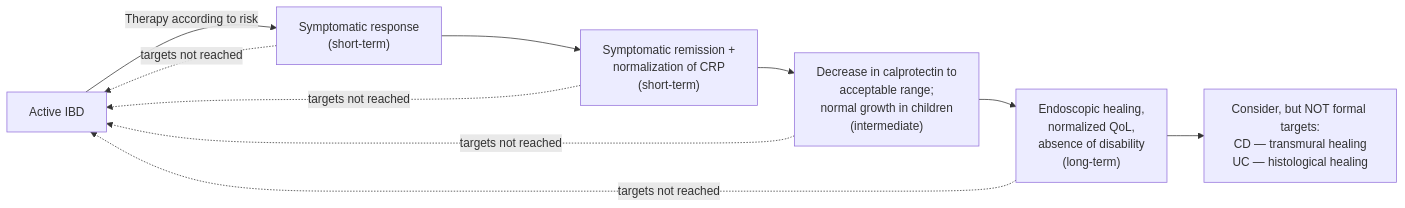
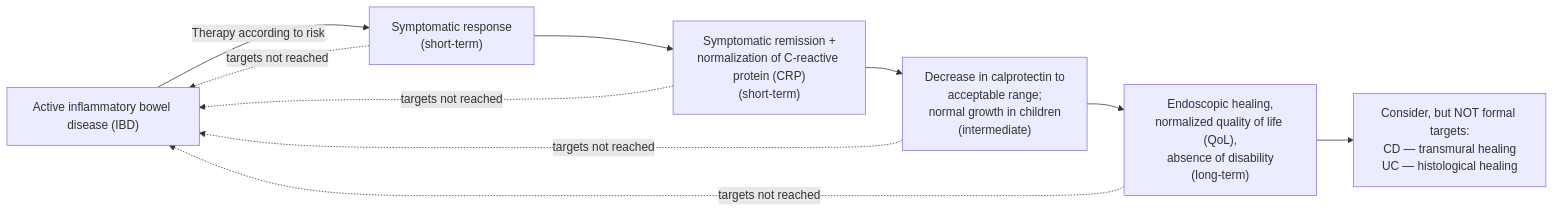
One commit to KHNickLeMD/KHNL-GI-Wiki changed the diagram in KHNL-GI-Wiki/wiki/7-concepts/treat-to-target-ibd.md. Above: the diagram before and after it, drawn with Mermaid. The commit also changed other lines of this file and 620 other files, not shown here.

````diff
--- a/KHNL-GI-Wiki/wiki/7-concepts/treat-to-target-ibd.md
+++ b/KHNL-GI-Wiki/wiki/7-concepts/treat-to-target-ibd.md
@@ -31,12 +31,12 @@
 ```mermaid
 flowchart LR
-    A["Active IBD"] -->|"Therapy according to risk"| B["Symptomatic response<br/>(short-term)"]
-    B --> C["Symptomatic remission +<br/>normalization of CRP<br/>(short-term)"]
+    A["Active inflammatory bowel disease (IBD)"] -->|"Therapy according to risk"| B["Symptomatic response<br/>(short-term)"]
+    B --> C["Symptomatic remission +<br/>normalization of C-reactive protein (CRP)<br/>(short-term)"]
     C --> D["Decrease in calprotectin to<br/>acceptable range;<br/>normal growth in children<br/>(intermediate)"]
-    D --> E["Endoscopic healing,<br/>normalized QoL,<br/>absence of disability<br/>(long-term)"]
+    D --> E["Endoscopic healing,<br/>normalized quality of life (QoL),<br/>absence of disability<br/>(long-term)"]
     E --> F["Consider, but NOT formal targets:<br/>CD — transmural healing<br/>UC — histological healing"]
     B -. "targets not reached" .-> A
     C -. "targets not reached" .-> A
     D -. "targets not reached" .-> A
     E -. "targets not reached" .-> A
 ```
````
